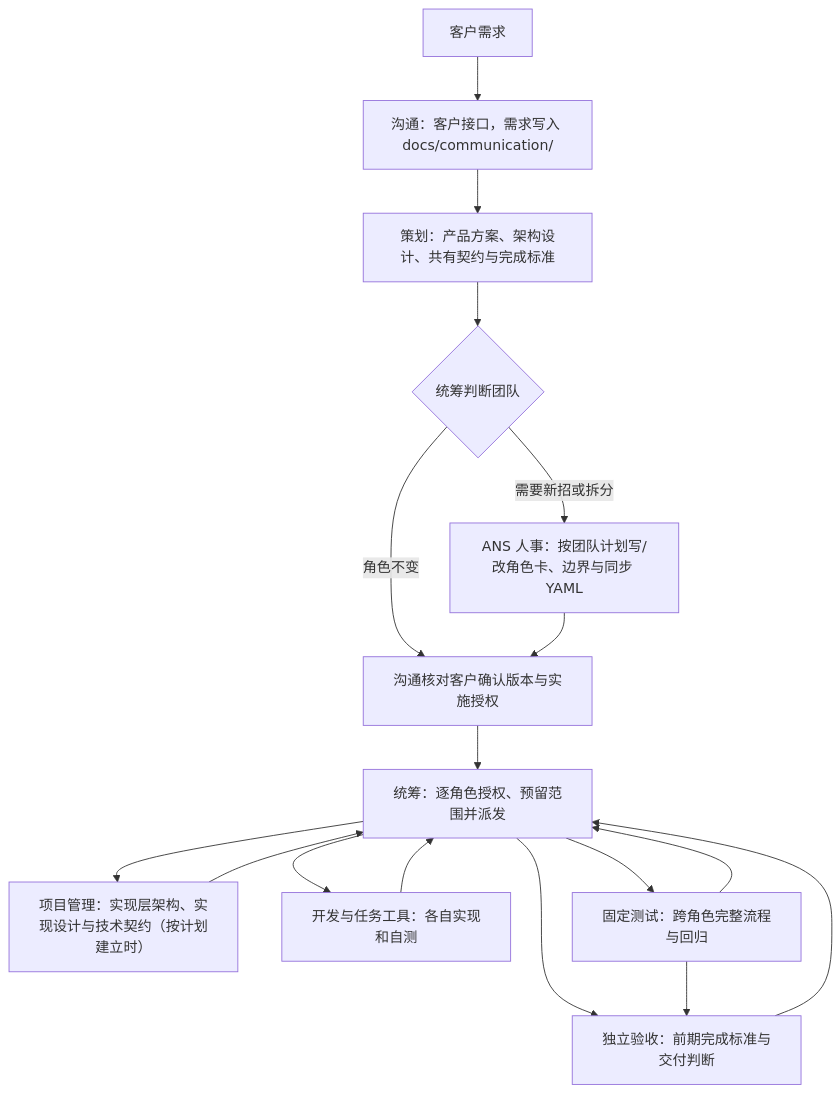
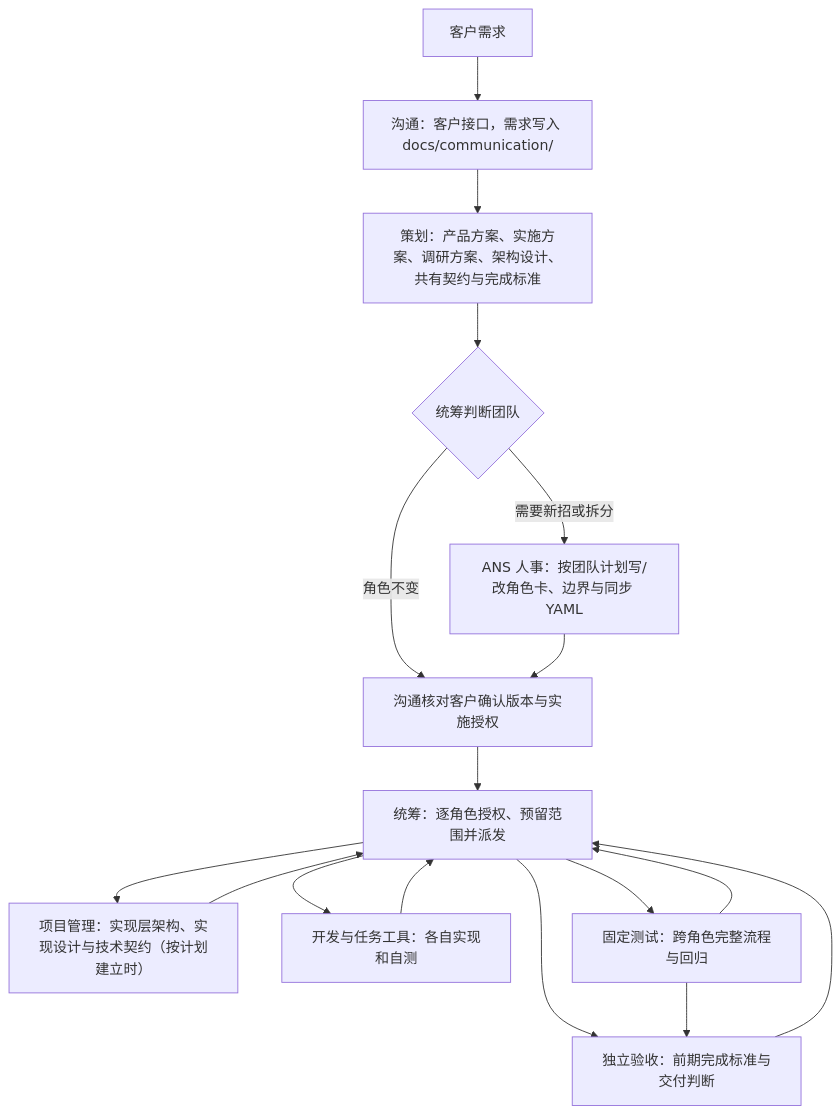
The diagram in 角色卡/项目管理/docs/architecture.md (wangzhongren/ans-skill), drawn with Mermaid before and after one commit. The commit also changed other lines of this file and 30 other files, not shown here.

````diff
--- a/角色卡/项目管理/docs/architecture.md
+++ b/角色卡/项目管理/docs/architecture.md
@@ -13,19 +13,19 @@
 ```mermaid
 flowchart TD
   customer[客户需求] --> communication[沟通：客户接口，需求写入 docs/communication/]
-  communication --> planner[策划：产品方案、架构设计、共有契约与完成标准]
+  communication --> planner[策划：产品方案、实施方案、调研方案、架构设计、共有契约与完成标准]
   planner --> judge{统筹判断团队}
   judge -->|角色不变| consent[沟通核对客户确认版本与实施授权]
   judge -->|需要新招或拆分| team[ANS 人事：按团队计划写/改角色卡、边界与同步 YAML]
   team --> consent
   consent --> dispatch[统筹：逐角色授权、预留范围并派发]
   dispatch --> management[项目管理：实现层架构、实现设计与技术契约（按计划建立时）]
   dispatch --> development[开发与任务工具：各自实现和自测]
   dispatch --> testing[固定测试：跨角色完整流程与回归]
   dispatch --> acceptance[独立验收：前期完成标准与交付判断]
   management --> dispatch
   development --> dispatch
   testing --> dispatch
   testing --> acceptance
   acceptance --> dispatch
 ```
````
